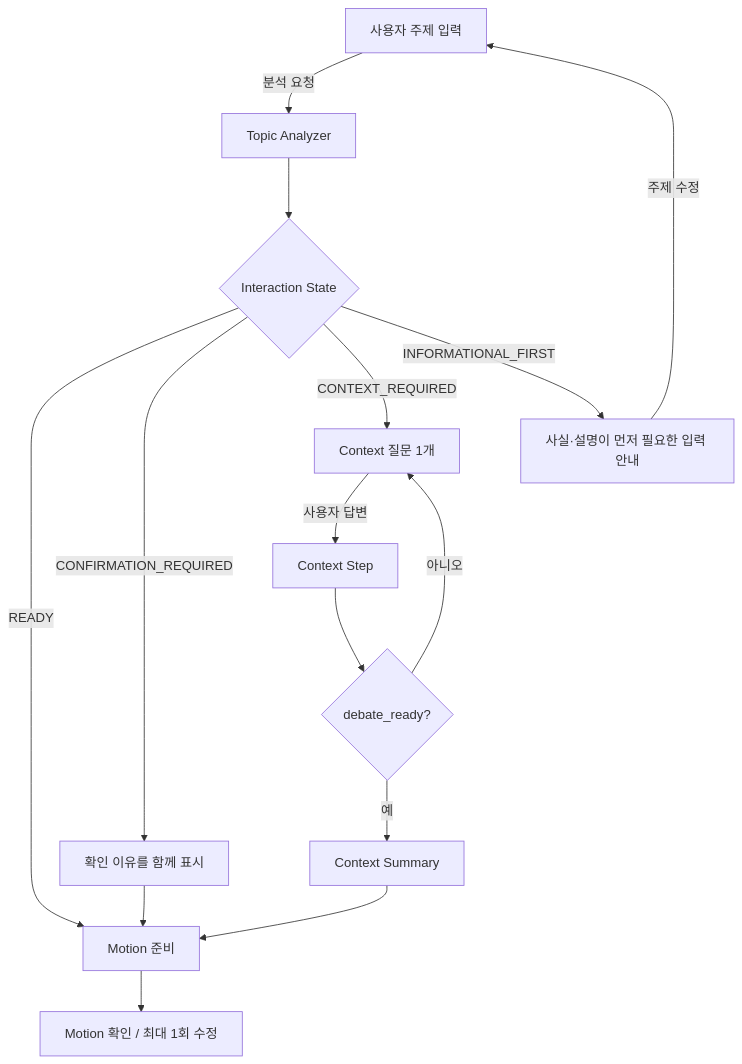
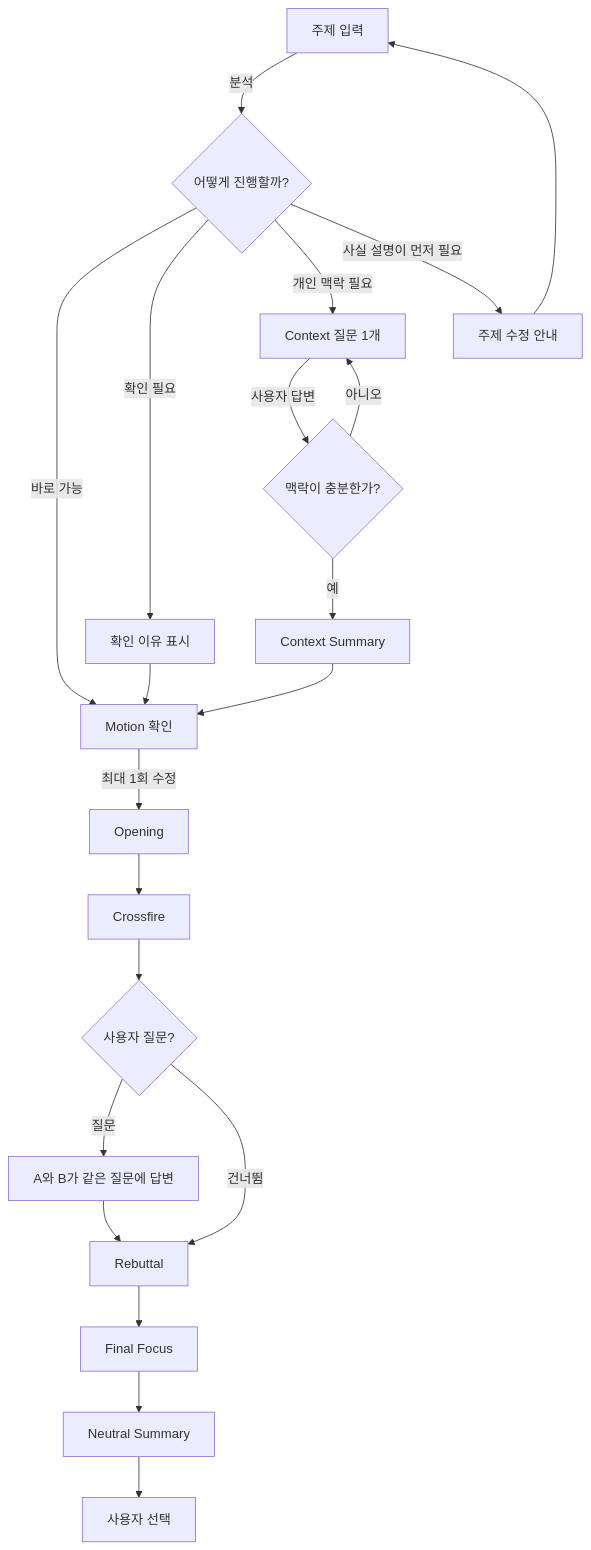
One commit to hodob/A1-3 changed the first of 4 diagrams in README.md. Above: the diagram before and after it, drawn with Mermaid. The commit also changed other lines of this file, not shown here.

````diff
--- a/README.md
+++ b/README.md
@@ -40,21 +22,27 @@
 ```mermaid
 flowchart TD
-    A[사용자 주제 입력] -->|분석 요청| B[Topic Analyzer]
-    B --> C{Interaction State}
+    A[주제 입력] -->|분석| B{어떻게 진행할까?}
 
-    C -->|READY| M[Motion 준비]
-    C -->|CONFIRMATION_REQUIRED| N[확인 이유를 함께 표시]
-    N --> M
+    B -->|바로 가능| M[Motion 확인]
+    B -->|확인 필요| C[확인 이유 표시]
+    C --> M
 
-    C -->|CONTEXT_REQUIRED| D[Context 질문 1개]
-    D -->|사용자 답변| E[Context Step]
-    E --> F{debate_ready?}
-    F -->|아니오| D
-    F -->|예| G[Context Summary]
-    G --> M
+    B -->|개인 맥락 필요| D[Context 질문 1개]
+    D -->|사용자 답변| E{맥락이 충분한가?}
+    E -->|아니오| D
+    E -->|예| F[Context Summary]
+    F --> M
 
-    C -->|INFORMATIONAL_FIRST| I[사실·설명이 먼저 필요한 입력 안내]
-    I -->|주제 수정| A
+    B -->|사실 설명이 먼저 필요| I[주제 수정 안내]
+    I --> A
 
-    M --> H[Motion 확인 / 최대 1회 수정]
+    M -->|최대 1회 수정| O[Opening]
+    O --> X[Crossfire]
+    X --> Q{사용자 질문?}
+    Q -->|질문| AQ[A와 B가 같은 질문에 답변]
+    Q -->|건너뜀| R[Rebuttal]
+    AQ --> R
+    R --> FF[Final Focus]
+    FF --> S[Neutral Summary]
+    S --> U[사용자 선택]
 ```
````
